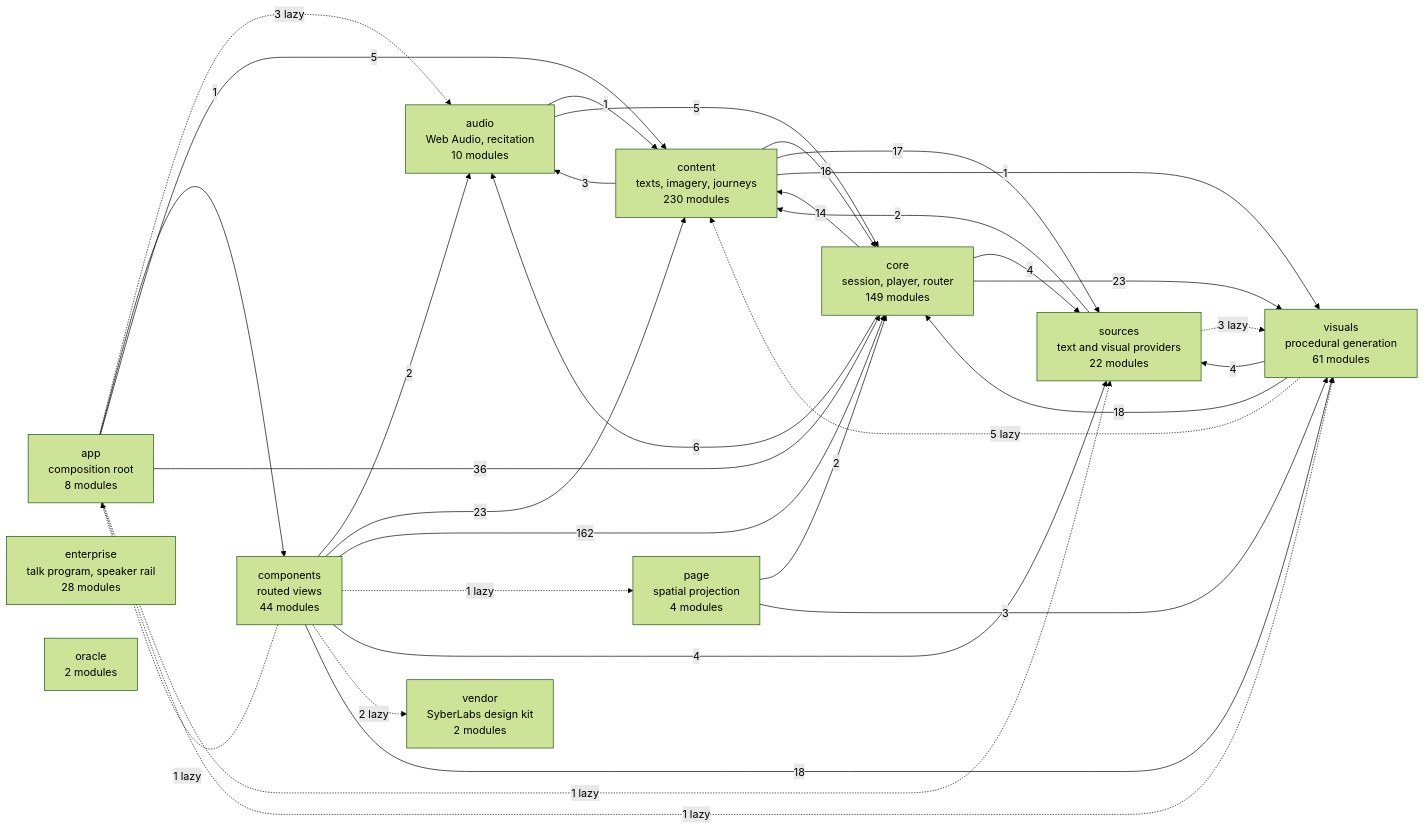
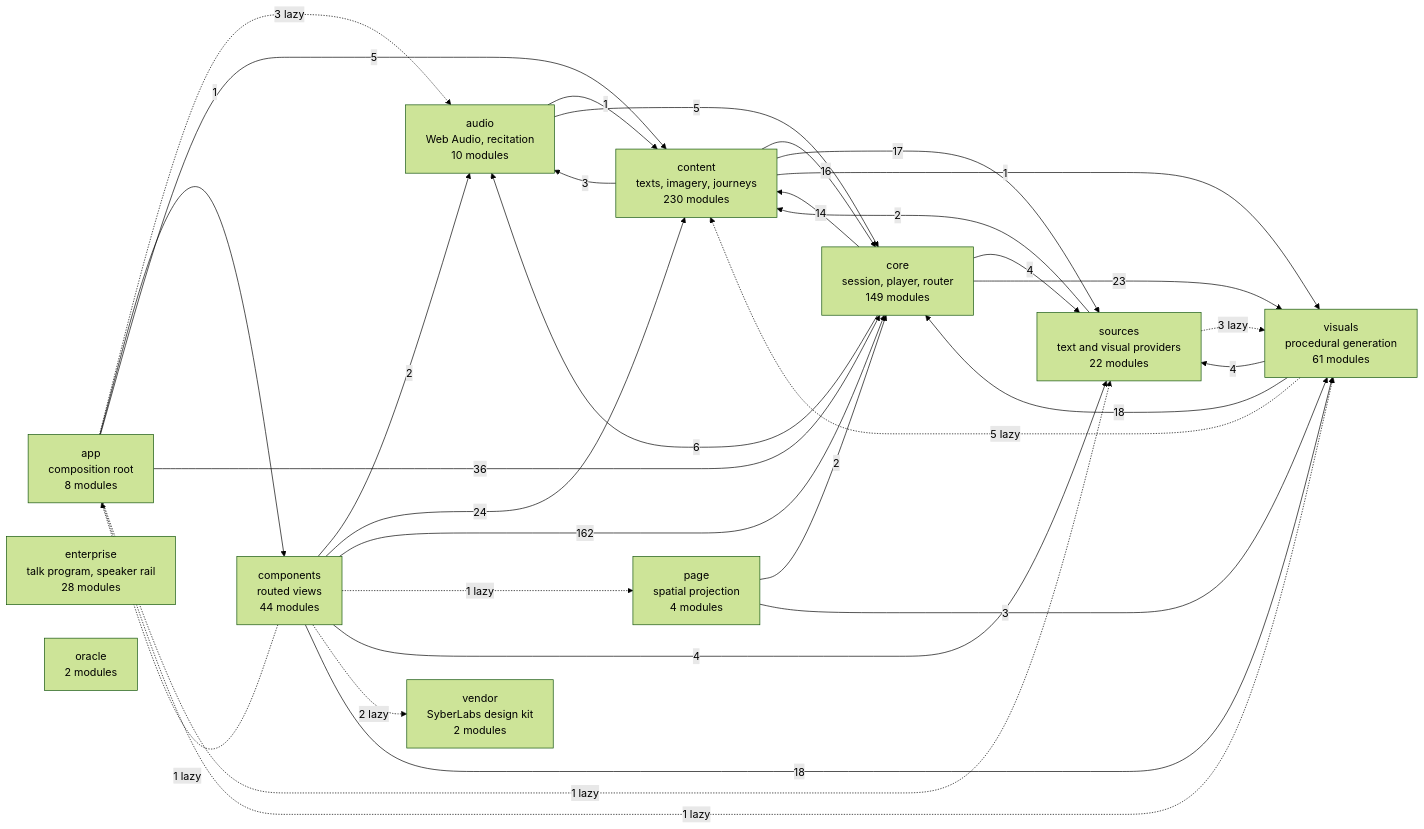
The diagram in docs/specs/ARCHITECTURE.md (SyberLabs/RISE), drawn with Mermaid (forest theme) before and after one commit. The commit also changed 7 other files, not shown here.

Commit message:
Add two authored Vault examples with preview and Keep flows

````diff
--- a/docs/specs/ARCHITECTURE.md
+++ b/docs/specs/ARCHITECTURE.md
@@ -160,46 +160,46 @@
 ```mermaid
 flowchart LR
     app["app<br/>composition root<br/>8 modules"]
     audio["audio<br/>Web Audio, recitation<br/>10 modules"]
     components["components<br/>routed views<br/>44 modules"]
     content["content<br/>texts, imagery, journeys<br/>230 modules"]
     core["core<br/>session, player, router<br/>149 modules"]
     enterprise["enterprise<br/>talk program, speaker rail<br/>28 modules"]
     oracle["oracle<br/>2 modules"]
     page["page<br/>spatial projection<br/>4 modules"]
     sources["sources<br/>text and visual providers<br/>22 modules"]
     vendor["vendor<br/>SyberLabs design kit<br/>2 modules"]
     visuals["visuals<br/>procedural generation<br/>61 modules"]
 
     app -.-> |3 lazy| audio
     app --> |1| components
     app --> |5| content
     app --> |36| core
     app -.-> |1 lazy| sources
     app -.-> |1 lazy| visuals
     audio --> |1| content
     audio --> |5| core
     components -.-> |1 lazy| app
     components --> |2| audio
-    components --> |23| content
+    components --> |24| content
     components --> |162| core
     components -.-> |1 lazy| page
     components --> |4| sources
     components -.-> |2 lazy| vendor
     components --> |18| visuals
     content --> |3| audio
     content --> |16| core
     content --> |17| sources
     content --> |1| visuals
     core --> |6| audio
     core --> |14| content
     core --> |4| sources
     core --> |23| visuals
     page --> |2| core
     page --> |3| visuals
     sources --> |2| content
     sources -.-> |3 lazy| visuals
     visuals -.-> |5 lazy| content
     visuals --> |18| core
     visuals --> |4| sources
 ```
````
